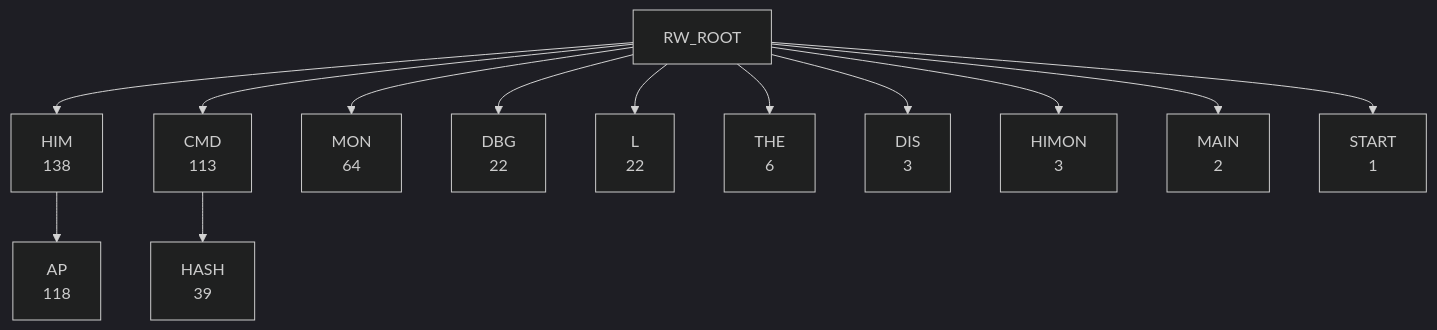
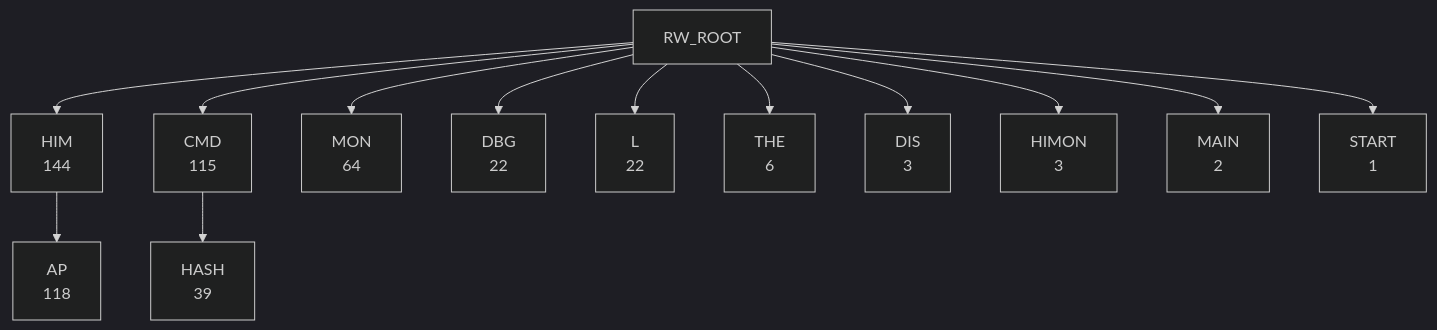
The second of 7 diagrams in DOC/GENERATED/ROUTINE_WORD_TREE.md (95westus/R-YORS), drawn with Mermaid (dark theme) before and after one commit. The commit also changed other lines of this file and 25 other files, not shown here.

````diff
--- a/DOC/GENERATED/ROUTINE_WORD_TREE.md
+++ b/DOC/GENERATED/ROUTINE_WORD_TREE.md
@@ -28,15 +28,15 @@
 ```mermaid
 flowchart TD
-    RW_ROOT --> RW_HIM["HIM<br/>138"]
-    RW_ROOT --> RW_CMD["CMD<br/>113"]
+    RW_ROOT --> RW_HIM["HIM<br/>144"]
+    RW_ROOT --> RW_CMD["CMD<br/>115"]
     RW_ROOT --> RW_MON["MON<br/>64"]
     RW_ROOT --> RW_DBG["DBG<br/>22"]
     RW_ROOT --> RW_L["L<br/>22"]
     RW_ROOT --> RW_THE["THE<br/>6"]
     RW_ROOT --> RW_DIS["DIS<br/>3"]
     RW_ROOT --> RW_HIMON["HIMON<br/>3"]
     RW_ROOT --> RW_MAIN["MAIN<br/>2"]
     RW_ROOT --> RW_START["START<br/>1"]
     RW_HIM --> RW_HIM_AP["AP<br/>118"]
     RW_CMD --> RW_CMD_HASH["HASH<br/>39"]
 ```
````
